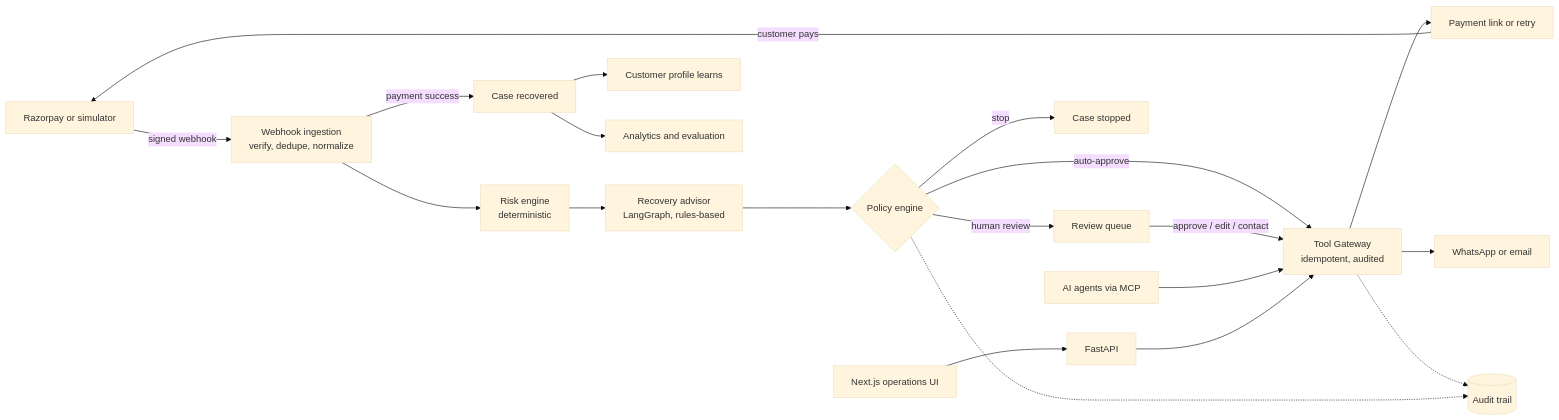
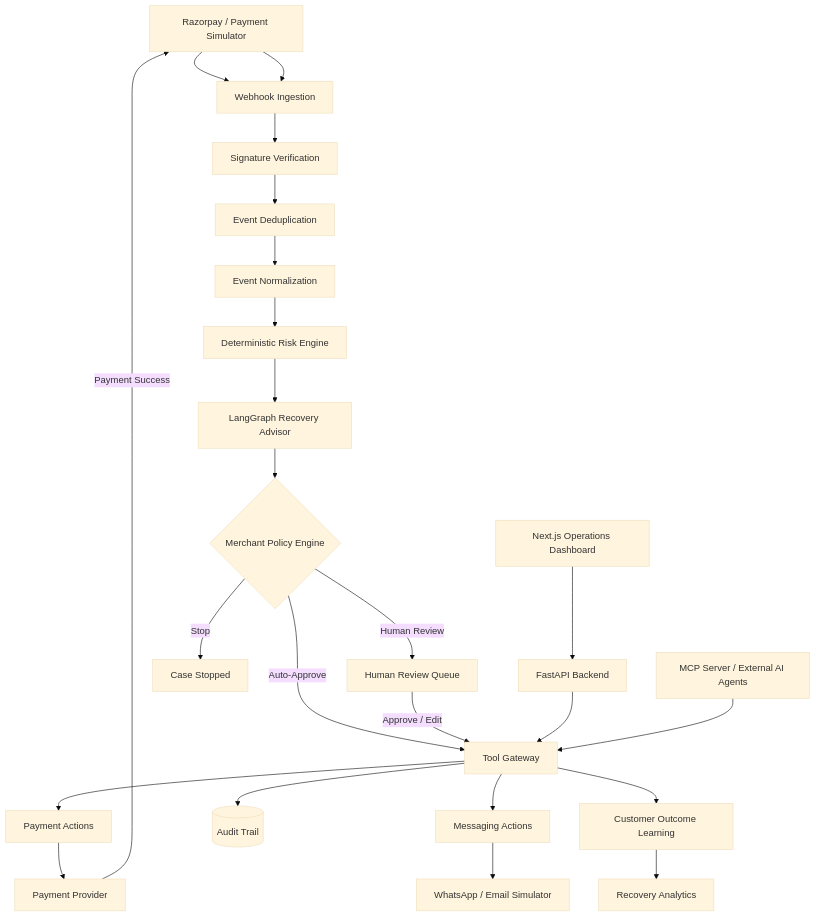
The diagram in README.md (sritejaswini15/Revenue-Leakage-Detection-and-Automated-Recovery-System), drawn with Mermaid (base theme) before and after one commit. The commit also changed other lines of this file, not shown here.

````diff
--- a/README.md
+++ b/README.md
@@ -55,22 +280,39 @@
 ```mermaid
-flowchart LR
-    RZP[Razorpay or simulator] -- signed webhook --> WH[Webhook ingestion<br/>verify, dedupe, normalize]
-    WH --> RISK[Risk engine<br/>deterministic]
-    RISK --> ADV[Recovery advisor<br/>LangGraph, rules-based]
-    ADV --> POL{Policy engine}
-    POL -- auto-approve --> GW[Tool Gateway<br/>idempotent, audited]
-    POL -- human review --> RQ[Review queue]
-    RQ -- approve / edit / contact --> GW
-    POL -- stop --> STOP[Case stopped]
-    GW --> PAY[Payment link or retry]
-    GW --> MSG[WhatsApp or email]
-    PAY -- customer pays --> RZP
-    WH -- payment success --> REC[Case recovered]
-    REC --> LEARN[Customer profile learns]
-    REC --> AN[Analytics and evaluation]
-    MCP[AI agents via MCP] --> GW
-    UI[Next.js operations UI] --> API[FastAPI]
+flowchart TD
+    RZP[Razorpay / Payment Simulator]
+
+    RZP --> WH[Webhook Ingestion]
+    WH --> VERIFY[Signature Verification]
+    VERIFY --> DEDUPE[Event Deduplication]
+    DEDUPE --> NORM[Event Normalization]
+
+    NORM --> RISK[Deterministic Risk Engine]
+    RISK --> ADV[LangGraph Recovery Advisor]
+
+    ADV --> POLICY{Merchant Policy Engine}
+
+    POLICY -->|Auto-Approve| GW[Tool Gateway]
+    POLICY -->|Human Review| REVIEW[Human Review Queue]
+    POLICY -->|Stop| STOP[Case Stopped]
+
+    REVIEW -->|Approve / Edit| GW
+
+    GW --> PAY[Payment Actions]
+    GW --> MSG[Messaging Actions]
+    GW --> AUDIT[(Audit Trail)]
+
+    PAY --> PROVIDER[Payment Provider]
+    MSG --> CHANNELS[WhatsApp / Email Simulator]
+
+    PROVIDER -->|Payment Success| RZP
+
+    RZP --> WH
+
+    GW --> LEARN[Customer Outcome Learning]
+    LEARN --> ANALYTICS[Recovery Analytics]
+
+    UI[Next.js Operations Dashboard] --> API[FastAPI Backend]
     API --> GW
-    GW -.-> AUD[(Audit trail)]
-    POL -.-> AUD
+
+    MCP[MCP Server / External AI Agents] --> GW
 ```
````
